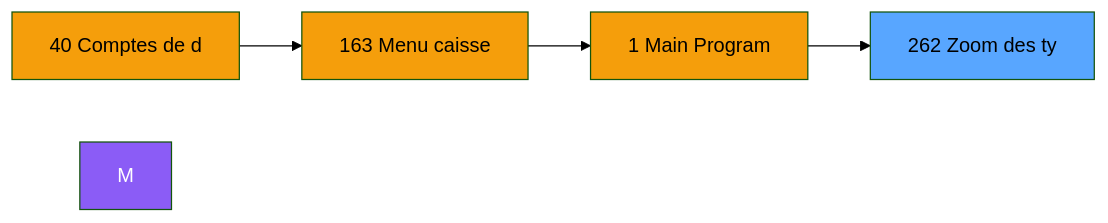
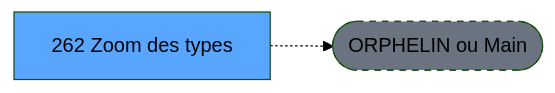
The second of 3 diagrams in .openspec/specs/ADH-IDE-262.md (thonyAGP/lecteur-magic), drawn with Mermaid (forest theme) before and after one commit. The commit also changed other lines of this file and 701 other files, not shown here.

````diff
--- a/.openspec/specs/ADH-IDE-262.md
+++ b/.openspec/specs/ADH-IDE-262.md
@@ -110,15 +117,8 @@
 ```mermaid
 graph LR
-    N40[40 Comptes de d]
-    N163[163 Menu caisse ]
-    N1[1 Main Program]
-    T[262 Zoom  des ty]
-    N40 --> N163
-    N163 --> N1
-    N1 --> T
-    style M fill:#8b5cf6,color:#fff
-    style N40 fill:#f59e0b
-    style N163 fill:#f59e0b
-    style N1 fill:#f59e0b
+    T[262 Zoom  des types]
+    ORPHAN([ORPHELIN ou Main])
+    T -.-> ORPHAN
     style T fill:#58a6ff,color:#000
+    style ORPHAN fill:#6b7280,stroke-dasharray: 5 5
 ```
````
